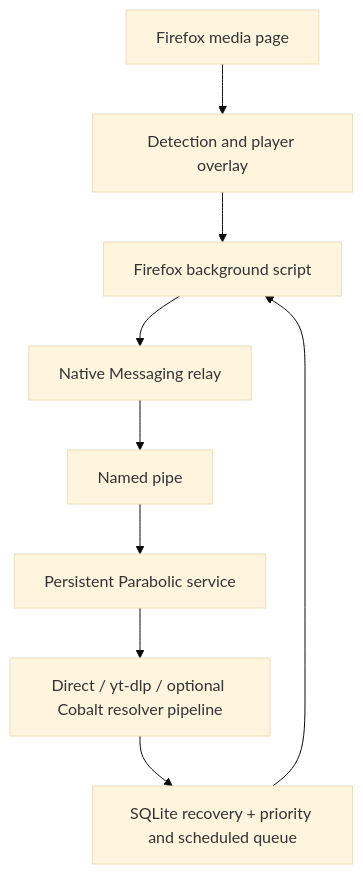
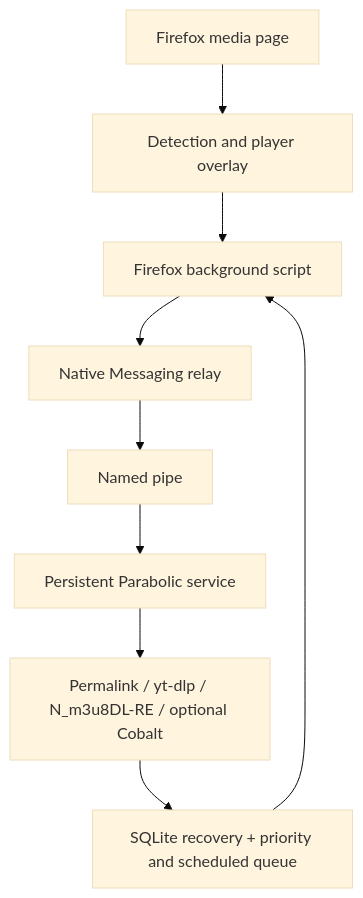
One commit to Othman-Benbrahim/Parabolic changed the diagram in extension/firefox/ARCHITECTURE.md. Above: the diagram before and after it, drawn with Mermaid (base theme). The commit also changed other lines of this file and 35 other files, not shown here.

````diff
--- a/extension/firefox/ARCHITECTURE.md
+++ b/extension/firefox/ARCHITECTURE.md
@@ -18,11 +18,11 @@
 ```mermaid
 flowchart TD
     A["Firefox media page"] --> B["Detection and player overlay"]
     B --> C["Firefox background script"]
     C --> D["Native Messaging relay"]
     D --> E["Named pipe"]
     E --> F["Persistent Parabolic service"]
-    F --> G["Direct / yt-dlp / optional Cobalt resolver pipeline"]
+    F --> G["Permalink / yt-dlp / N_m3u8DL-RE / optional Cobalt"]
     G --> H["SQLite recovery + priority and scheduled queue"]
     H --> C
 ```
````
